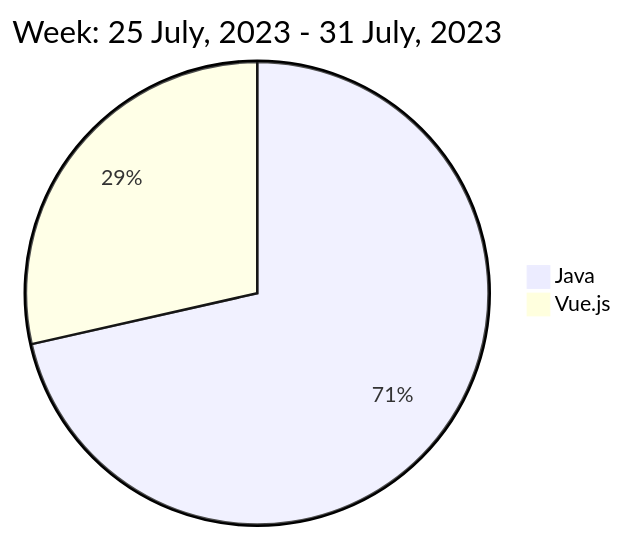
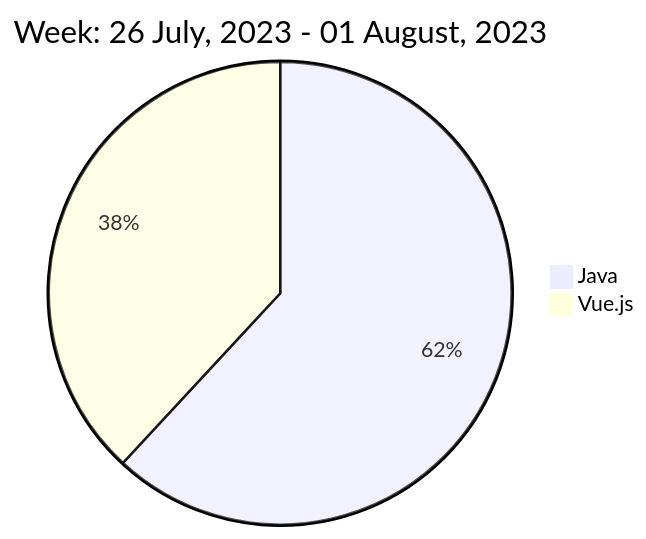
The diagram in README.md (liubin95/liubin95), drawn with Mermaid before and after one commit.

Commit message:
Updated the Graph with new Metrics

````diff
--- a/README.md
+++ b/README.md
@@ -40,6 +40,6 @@
 ```mermaid
  pie
-title Week: 25 July, 2023 - 31 July, 2023
- "Java" : 9.72
- "Vue.js" : 3.88
+title Week: 26 July, 2023 - 01 August, 2023
+ "Java" : 6.53
+ "Vue.js" : 4.02
 ```
````
